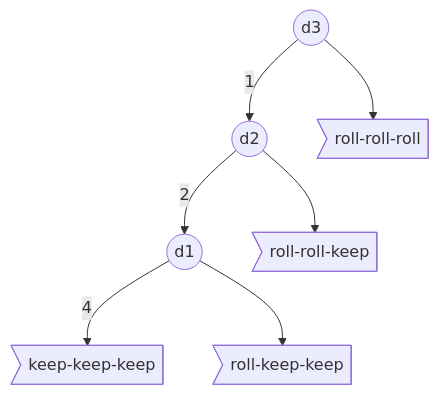
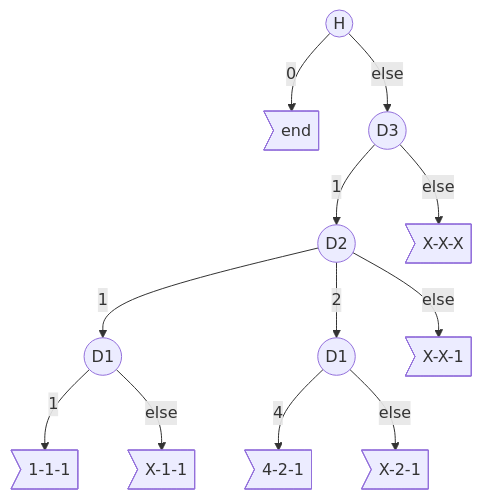
Before and after one commit to ceri-num/lct-decision-making: the diagram in figs/decision-tree-421.mmd, drawn with Mermaid. The commit also changed other lines of this file and 9 other files, not shown here.

```diff
--- a/figs/decision-tree-421.mmd
+++ b/figs/decision-tree-421.mmd
@@ -1,7 +1,12 @@
 graph TD;
-    d31((d3)) -- 1 --> d21((d2));
-    d31 --> actElse>roll-roll-roll];
-    d21 -- 2 --> d11((d1));
-    d11 -- 4 --> act421>keep-keep-keep];
-    d11 --> actx21>roll-keep-keep];
-    d21 --> actx22>roll-roll-keep];
+    H((H)) -- 0 --> END>end];
+    H -- else --> D3;
+    D3((D3)) -- 1 --> D2((D2));
+    D3 -- else --> XXX>X-X-X];
+    D2 -- 1 --> D11((D1))
+    D2 -- 2 --> D12((D1));
+    D2 -- else --> XX1>X-X-1];
+    D11 -- 1 --> 111>1-1-1];
+    D11 -- else --> X11>X-1-1];
+    D12 -- 4 --> 421>4-2-1];
+    D12 -- else --> X21>X-2-1];
```
